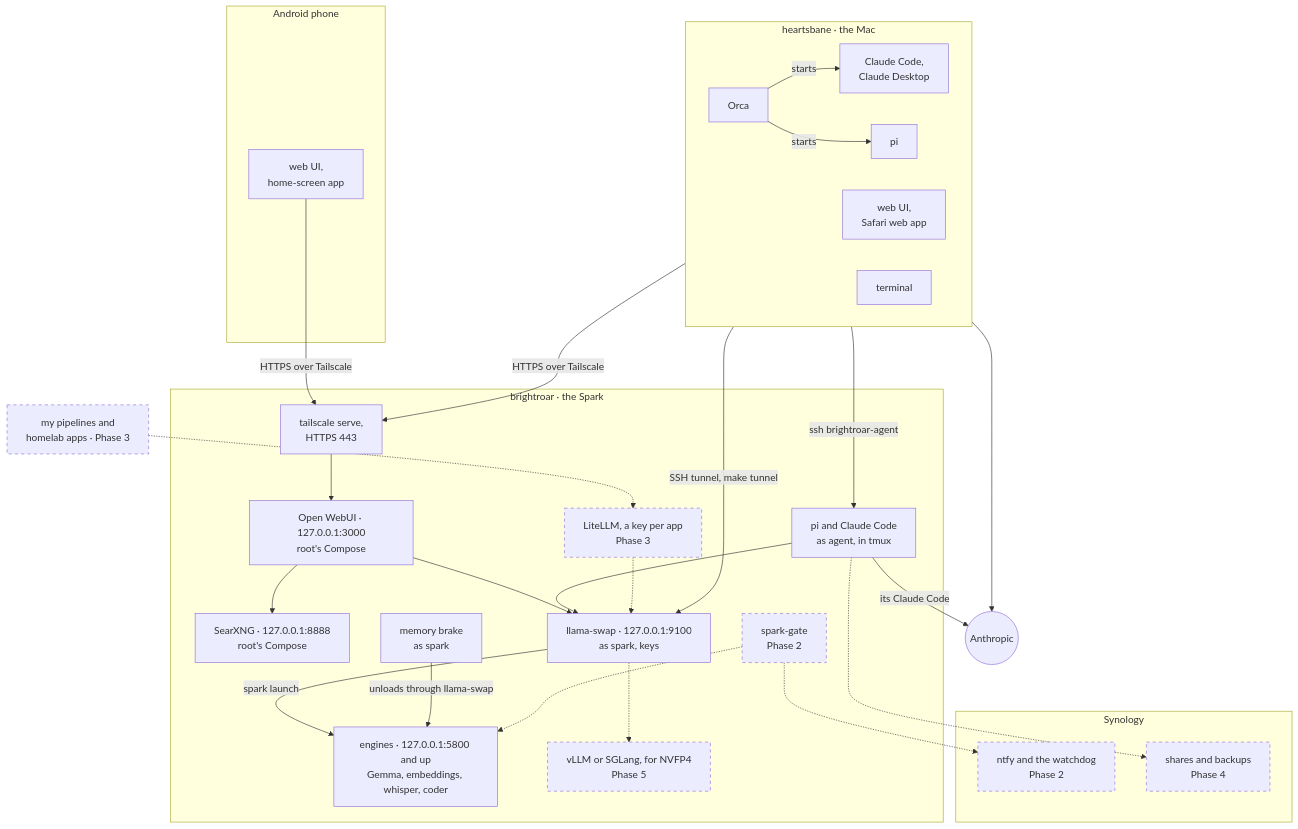
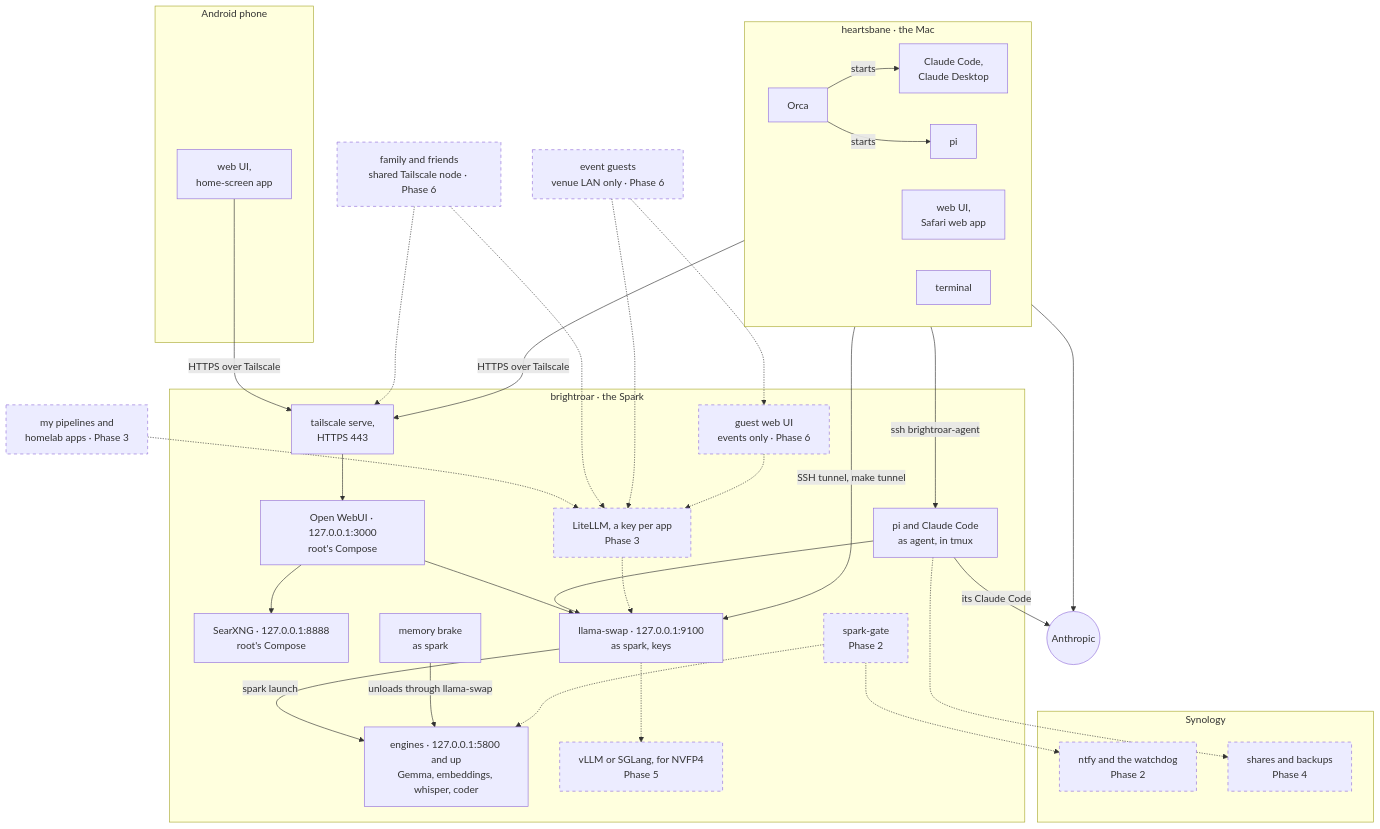
The first of 4 diagrams in website/architecture.qmd (chendaniely/local-ai), drawn with Mermaid before and after one commit. The commit also changed other lines of this file and 1 other file, not shown here.

First line of the commit message:
docs(plan): 🤖 Phase 6: other people, over Tailscale and at events

````diff
--- a/website/architecture.qmd
+++ b/website/architecture.qmd
@@ -17,59 +17,67 @@
 ```{mermaid}
 flowchart TB
   classDef planned stroke-dasharray: 5 5
 
   subgraph mac["heartsbane · the Mac"]
     direction LR
     orca["Orca"]
     claude_mac["Claude Code,<br/>Claude Desktop"]
     pi_mac["pi"]
     webapp["web UI,<br/>Safari web app"]
     term["terminal"]
   end
 
   subgraph phone["Android phone"]
     pwa["web UI,<br/>home-screen app"]
   end
 
   anthropic(("Anthropic"))
   apps["my pipelines and<br/>homelab apps · Phase 3"]:::planned
+  family["family and friends<br/>shared Tailscale node · Phase 6"]:::planned
+  guests["event guests<br/>venue LAN only · Phase 6"]:::planned
 
   subgraph spark["brightroar · the Spark"]
     tss["tailscale serve,<br/>HTTPS 443"]
+    guestui["guest web UI<br/>events only · Phase 6"]:::planned
     owui["Open WebUI · 127.0.0.1:3000<br/>root's Compose"]
     searx["SearXNG · 127.0.0.1:8888<br/>root's Compose"]
     agent_tmux["pi and Claude Code<br/>as agent, in tmux"]
     litellm["LiteLLM, a key per app<br/>Phase 3"]:::planned
     swap["llama-swap · 127.0.0.1:9100<br/>as spark, keys"]
     gate["spark-gate<br/>Phase 2"]:::planned
     brake["memory brake<br/>as spark"]
     engines["engines · 127.0.0.1:5800 and up<br/>Gemma, embeddings, whisper, coder"]
     vllm["vLLM or SGLang, for NVFP4<br/>Phase 5"]:::planned
   end
 
   subgraph nas["Synology"]
     ntfy["ntfy and the watchdog<br/>Phase 2"]:::planned
     shares["shares and backups<br/>Phase 4"]:::planned
   end
 
   orca -- starts --> claude_mac
   orca -- starts --> pi_mac
   claude_mac --> anthropic
   webapp -- "HTTPS over Tailscale" --> tss
   pwa -- "HTTPS over Tailscale" --> tss
   pi_mac -- "SSH tunnel, make tunnel" --> swap
   term -- "ssh brightroar-agent" --> agent_tmux
   tss --> owui
   owui --> searx
   owui --> swap
   agent_tmux --> swap
   agent_tmux -- "its Claude Code" --> anthropic
   apps -.-> litellm
+  family -.-> tss
+  family -.-> litellm
+  guests -.-> guestui
+  guests -.-> litellm
+  guestui -.-> litellm
   litellm -.-> swap
   swap -- "spark launch" --> engines
   swap -.-> vllm
   brake -- "unloads through llama-swap" --> engines
   gate -.-> engines
   gate -.-> ntfy
   agent_tmux -.-> shares
 ```
````
